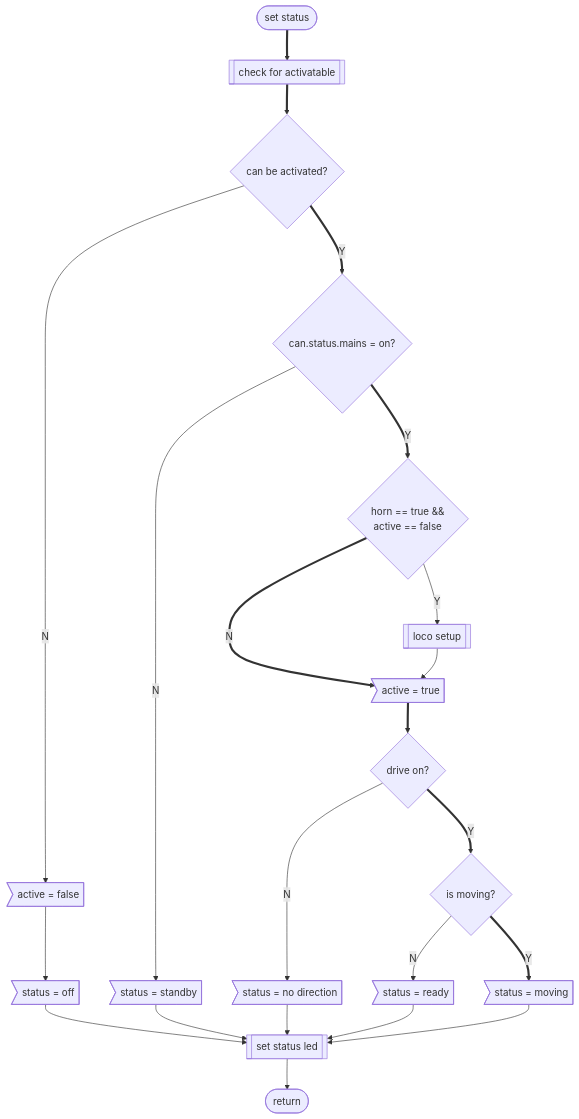
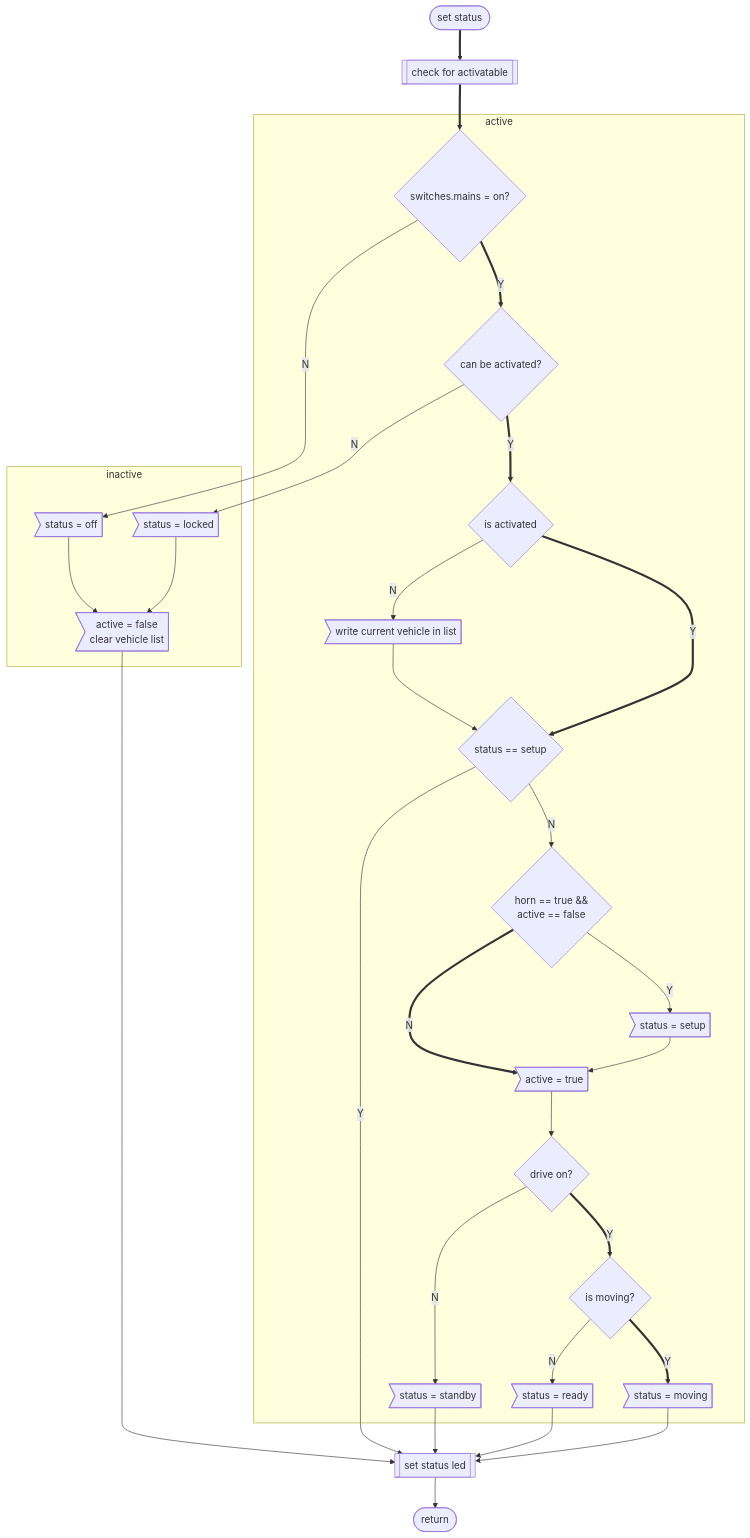
Before and after one commit to loco-can/loco-can-software: the sixth of 7 diagrams in Loco_can_controller/FLOATCHART.md, drawn with Mermaid. The commit also changed other lines of this file and 6 other files, not shown here.

````diff
--- a/Loco_can_controller/FLOATCHART.md
+++ b/Loco_can_controller/FLOATCHART.md
@@ -207,38 +207,55 @@
 ```mermaid
 graph TD;
     %% status parser
     
     %% node definitions
     GET_STATUS([set status]);
     CHECK_ACTIVE[["check for activatable"]];
-    IS_ACTIVE{can be activated?};
-    SET_ACT_OFF>active = false];
+
+    subgraph active
+        IS_ACTIVE{can be activated?};
+        IS_SETUP{status == setup};
+        IS_MAINS{switches.mains = on?};
+        SWITCHING_ON{is activated};
+        COLLECT_VEHICLES>write current vehicle in list];
+        STATUS_STANDBY>status = standby];
+        CHECK_SETUP{"horn == true &&\nactive == false"};
+        SET_SETUP>status = setup];
+        SET_ACT_ON>active = true];
+        IS_DRIVE{drive on?};
+        STATUS_STANDBY>status = standby];
+        CHECK_MOVING{is moving?};
+        STATUS_READY>status = ready];
+        STATUS_MOVING>status = moving];
+    end
+
+    subgraph inactive
+        STATUS_OFF>status = off];
+        SET_ACT_OFF>active = false\nclear vehicle list];
+        STATUS_LOCKED>status = locked];
+    end
+
     STATUS_OFF>status = off];
-    IS_MAINS{can.status.mains = on?};
-    STATUS_STANDBY>status = standby];
-    CHECK_SETUP{"horn == true &&\nactive == false"};
-    START_SETUP[[loco setup]];
-    SET_ACT_ON>active = true];
-    IS_DRIVE{drive on?};
-    STATUS_NO_DIR>status = no direction];
-    CHECK_MOVING{is moving?};
-    STATUS_READY>status = ready];
-    STATUS_MOVING>status = moving];
     LED_STATUS[[set status led]];
     END_STATUS([return]);
 
     %% flow
-    GET_STATUS ==> CHECK_ACTIVE ==> IS_ACTIVE;
-    IS_ACTIVE --> |N| SET_ACT_OFF --> STATUS_OFF --> LED_STATUS;
-    IS_ACTIVE ==> |Y| IS_MAINS;
-    IS_MAINS --> |N| STATUS_STANDBY --> LED_STATUS;
-    IS_MAINS ==> |Y| CHECK_SETUP;
+    GET_STATUS ==> CHECK_ACTIVE ==> IS_MAINS;
+    IS_MAINS --> |N| STATUS_OFF -->  SET_ACT_OFF;
+    IS_MAINS ==> |Y| IS_ACTIVE;
+    IS_ACTIVE --> |N| STATUS_LOCKED --> SET_ACT_OFF;
+    IS_ACTIVE ==> |Y| SWITCHING_ON;
+    SWITCHING_ON --> |N| COLLECT_VEHICLES -->IS_SETUP;
+    SWITCHING_ON ==> |Y| IS_SETUP;
+    SET_ACT_OFF --> LED_STATUS
+    IS_SETUP --> |N| CHECK_SETUP;
+    IS_SETUP --> |Y| LED_STATUS;
     CHECK_SETUP ==> |N| SET_ACT_ON;
-    CHECK_SETUP --> |Y| START_SETUP;
-    START_SETUP --> SET_ACT_ON ==> IS_DRIVE;
-    IS_DRIVE --> |N| STATUS_NO_DIR --> LED_STATUS;
+    CHECK_SETUP --> |Y| SET_SETUP;
+    SET_SETUP --> SET_ACT_ON --> IS_DRIVE;
+    IS_DRIVE --> |N| STATUS_STANDBY --> LED_STATUS;
     IS_DRIVE ==> |Y| CHECK_MOVING;
     CHECK_MOVING --> |N| STATUS_READY --> LED_STATUS;
     CHECK_MOVING ==> |Y| STATUS_MOVING --> LED_STATUS;
     LED_STATUS --> END_STATUS;
 ```
````
